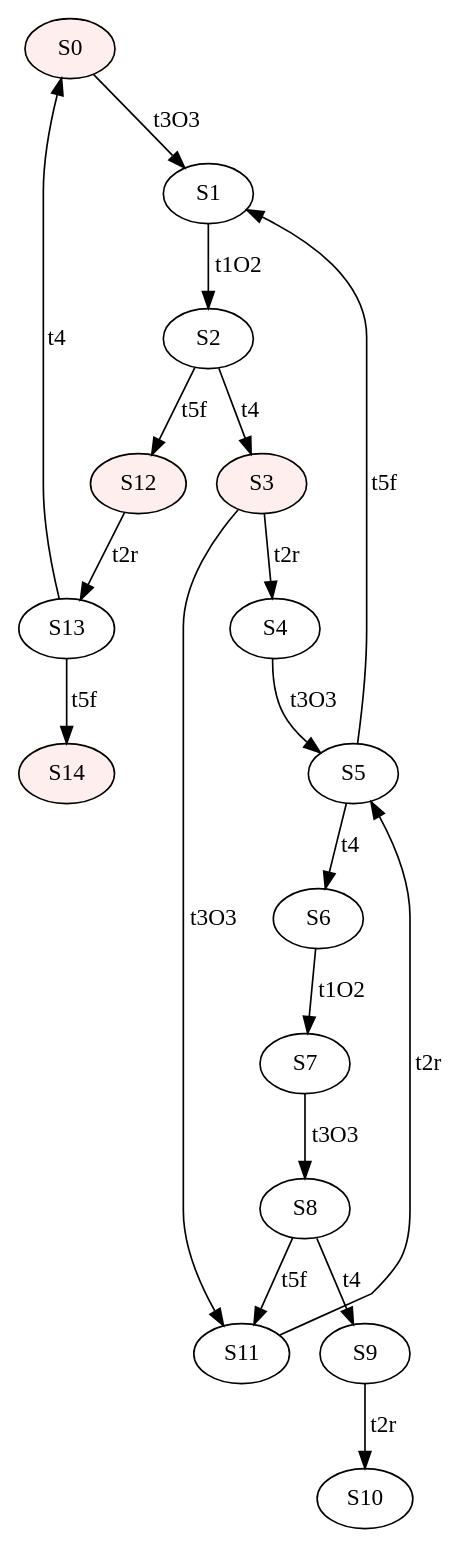
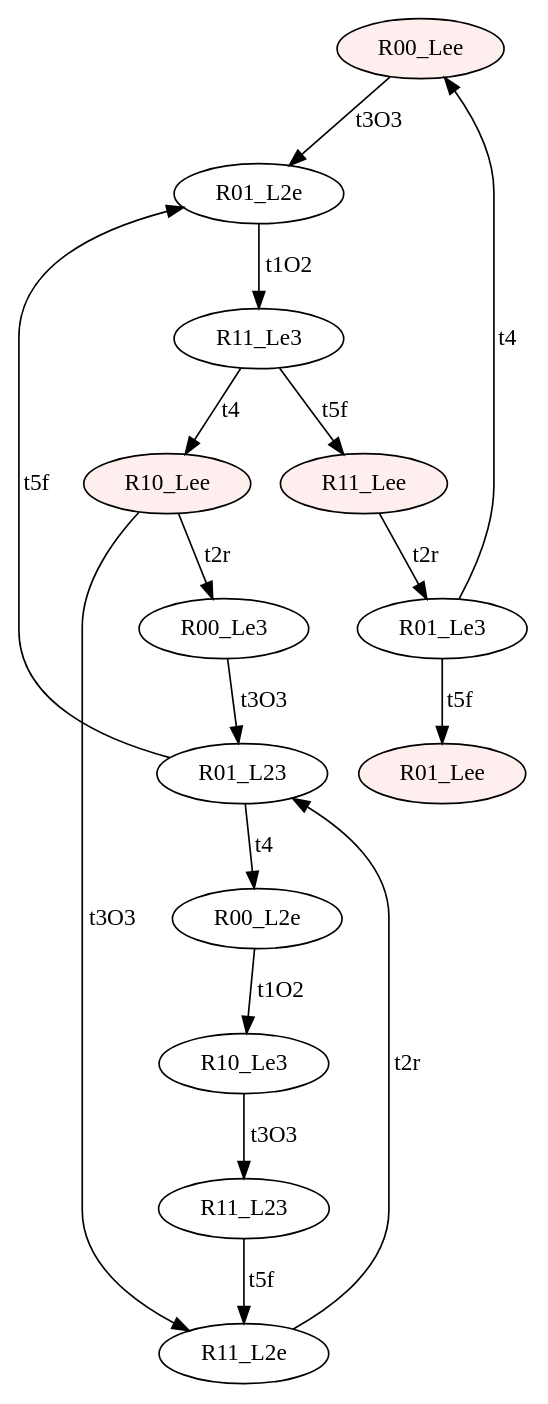
The diagram in input/e_SC.dot (Stefano-BS/Explanatory-Diagnosis), drawn with Graphviz before and after one commit. The commit also changed 40 other files, not shown here.

```diff
--- a/input/e_SC.dot
+++ b/input/e_SC.dot
@@ -1,35 +1,31 @@
 digraph "SCinput/e" {
-node [style=filled fillcolor="#FFEEEE"]; S0 ;
-node [fillcolor="#FFFFFF"]; S1 ;
-node [fillcolor="#FFFFFF"]; S2 ;
-node [style=filled fillcolor="#FFEEEE"]; S3 ;
-node [fillcolor="#FFFFFF"]; S4 ;
-node [fillcolor="#FFFFFF"]; S5 ;
-node [fillcolor="#FFFFFF"]; S6 ;
-node [fillcolor="#FFFFFF"]; S7 ;
-node [fillcolor="#FFFFFF"]; S8 ;
-node [fillcolor="#FFFFFF"]; S9 ;
-node [fillcolor="#FFFFFF"]; S10 ;
-node [fillcolor="#FFFFFF"]; S11 ;
-node [style=filled fillcolor="#FFEEEE"]; S12 ;
-node [fillcolor="#FFFFFF"]; S13 ;
-node [style=filled fillcolor="#FFEEEE"]; S14 ;
-S0 -> S1 [label=t3O3]
-S1 -> S2 [label=t1O2]
-S2 -> S12 [label=t5f]
-S2 -> S3 [label=t4]
-S3 -> S11 [label=t3O3]
-S3 -> S4 [label=t2r]
-S4 -> S5 [label=t3O3]
-S5 -> S1 [label=t5f]
-S5 -> S6 [label=t4]
-S6 -> S7 [label=t1O2]
-S7 -> S8 [label=t3O3]
-S8 -> S11 [label=t5f]
-S8 -> S9 [label=t4]
-S9 -> S10 [label=t2r]
-S11 -> S5 [label=t2r]
-S12 -> S13 [label=t2r]
-S13 -> S14 [label=t5f]
-S13 -> S0 [label=t4]
+node [style=filled fillcolor="#FFEEEE"]; R00_Lee ;
+node [fillcolor="#FFFFFF"]; R01_L2e ;
+node [fillcolor="#FFFFFF"]; R01_L23 ;
+node [fillcolor="#FFFFFF"]; R00_Le3 ;
+node [fillcolor="#FFFFFF"]; R00_L2e ;
+node [style=filled fillcolor="#FFEEEE"]; R11_Lee ;
+node [fillcolor="#FFFFFF"]; R11_Le3 ;
+node [style=filled fillcolor="#FFEEEE"]; R01_Lee ;
+node [fillcolor="#FFFFFF"]; R11_L2e ;
+node [style=filled fillcolor="#FFEEEE"]; R10_Lee ;
+node [fillcolor="#FFFFFF"]; R01_Le3 ;
+node [fillcolor="#FFFFFF"]; R11_L23 ;
+node [fillcolor="#FFFFFF"]; R10_Le3 ;
+R01_L2e -> R11_Le3 [label=t1O2]
+R00_Lee -> R01_L2e [label=t3O3]
+R01_L23 -> R01_L2e [label=t5f]
+R01_L23 -> R00_L2e [label=t4]
+R00_Le3 -> R01_L23 [label=t3O3]
+R00_L2e -> R10_Le3 [label=t1O2]
+R11_Lee -> R01_Le3 [label=t2r]
+R11_Le3 -> R11_Lee [label=t5f]
+R11_Le3 -> R10_Lee [label=t4]
+R11_L2e -> R01_L23 [label=t2r]
+R10_Lee -> R11_L2e [label=t3O3]
+R10_Lee -> R00_Le3 [label=t2r]
+R01_Le3 -> R01_Lee [label=t5f]
+R01_Le3 -> R00_Lee [label=t4]
+R11_L23 -> R11_L2e [label=t5f]
+R10_Le3 -> R11_L23 [label=t3O3]
 }
```
